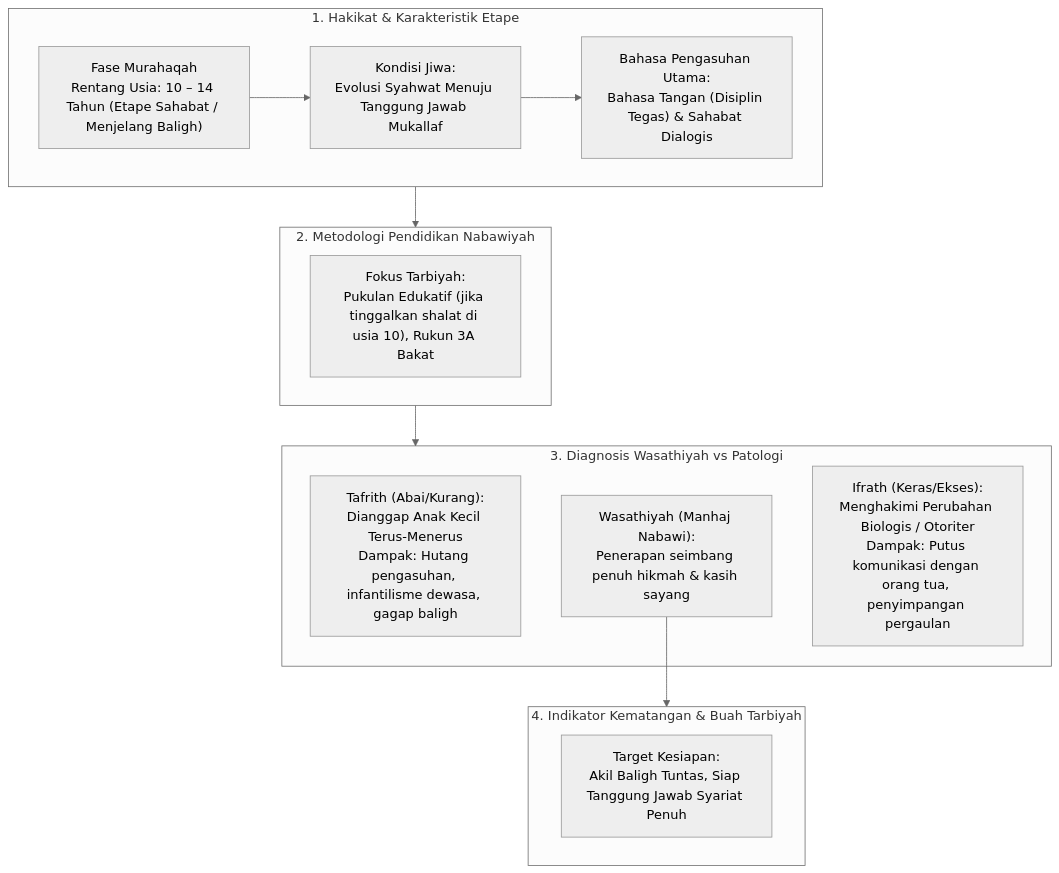
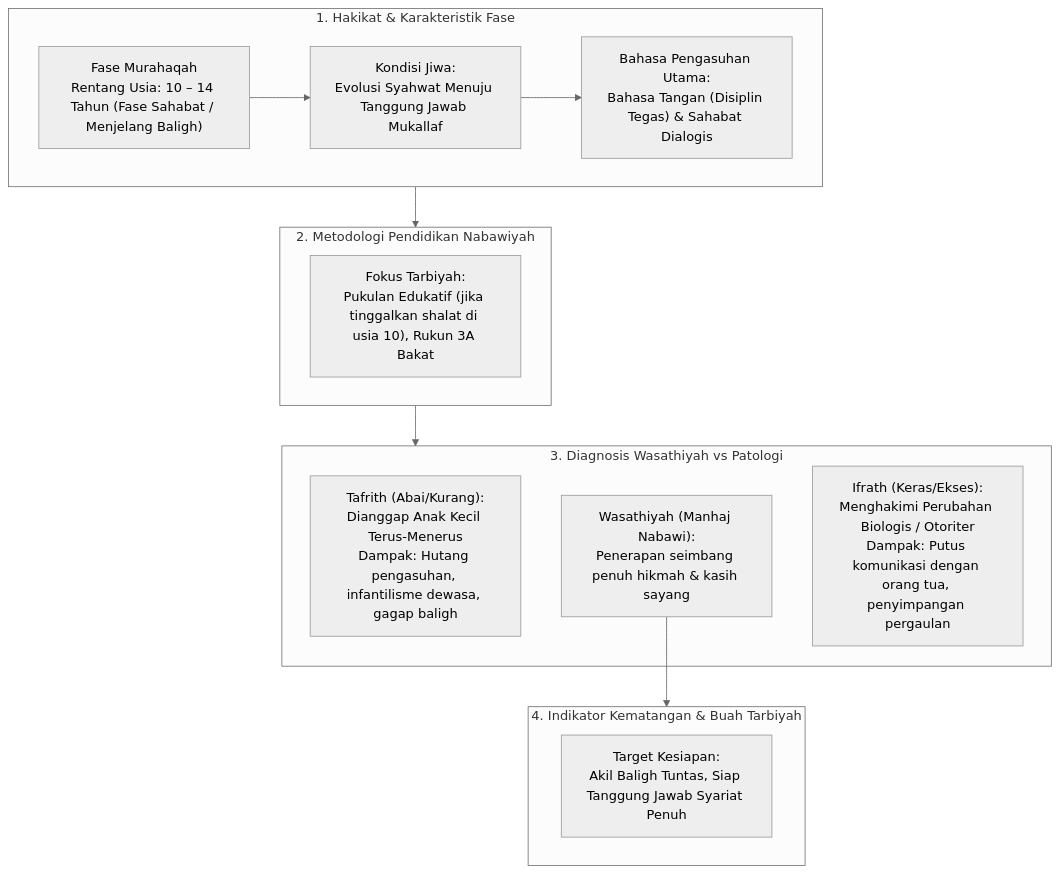
One commit to decaller/wiki-pkn changed the diagram in content_flow/Dokumen Pendidikan Karakter Nabawiyah/Paradigma & Implementasi/Insan/Fitrah (Karakter)/Perkembangan/Murahaqah.md. Above: the diagram before and after it, drawn with Mermaid (neutral theme). The commit also changed 410 other files, not shown here.

Commit message:
feat: create master Glosarium and purify terminology across repo (etape -> fase, archetype -> uswah)

````diff
--- a/content_flow/Dokumen Pendidikan Karakter Nabawiyah/Paradigma & Implementasi/Insan/Fitrah (Karakter)/Perkembangan/Murahaqah.md
+++ b/content_flow/Dokumen Pendidikan Karakter Nabawiyah/Paradigma & Implementasi/Insan/Fitrah (Karakter)/Perkembangan/Murahaqah.md
@@ -10,25 +10,25 @@
 ```mermaid
 flowchart TD
-    subgraph S1["1. Hakikat & Karakteristik Etape"]
-        A1["Fase Murahaqah<br/>Rentang Usia: 10 – 14 Tahun (Etape Sahabat / Menjelang Baligh)"] --> A2["Kondisi Jiwa:<br/>Evolusi Syahwat Menuju Tanggung Jawab Mukallaf"]
+    subgraph S1["1. Hakikat & Karakteristik Fase"]
+        A1["Fase Murahaqah<br/>Rentang Usia: 10 – 14 Tahun (Fase Sahabat / Menjelang Baligh)"] --> A2["Kondisi Jiwa:<br/>Evolusi Syahwat Menuju Tanggung Jawab Mukallaf"]
         A2 --> A3["Bahasa Pengasuhan Utama:<br/>Bahasa Tangan (Disiplin Tegas) & Sahabat Dialogis"]
     end
 
     subgraph S2["2. Metodologi Pendidikan Nabawiyah"]
         B1["Fokus Tarbiyah:<br/>Pukulan Edukatif (jika tinggalkan shalat di usia 10), Rukun 3A Bakat"]
     end
 
     subgraph S3["3. Diagnosis Wasathiyah vs Patologi"]
         C1["Tafrith (Abai/Kurang):<br/>Dianggap Anak Kecil Terus-Menerus<br/>Dampak: Hutang pengasuhan, infantilisme dewasa, gagap baligh"]
         C2["Wasathiyah (Manhaj Nabawi):<br/>Penerapan seimbang penuh hikmah & kasih sayang"]
         C3["Ifrath (Keras/Ekses):<br/>Menghakimi Perubahan Biologis / Otoriter<br/>Dampak: Putus komunikasi dengan orang tua, penyimpangan pergaulan"]
     end
 
     subgraph S4["4. Indikator Kematangan & Buah Tarbiyah"]
         D1["Target Kesiapan:<br/>Akil Baligh Tuntas, Siap Tanggung Jawab Syariat Penuh"]
     end
 
     S1 --> S2
     S2 --> S3
     C2 --> S4
 ```
````
